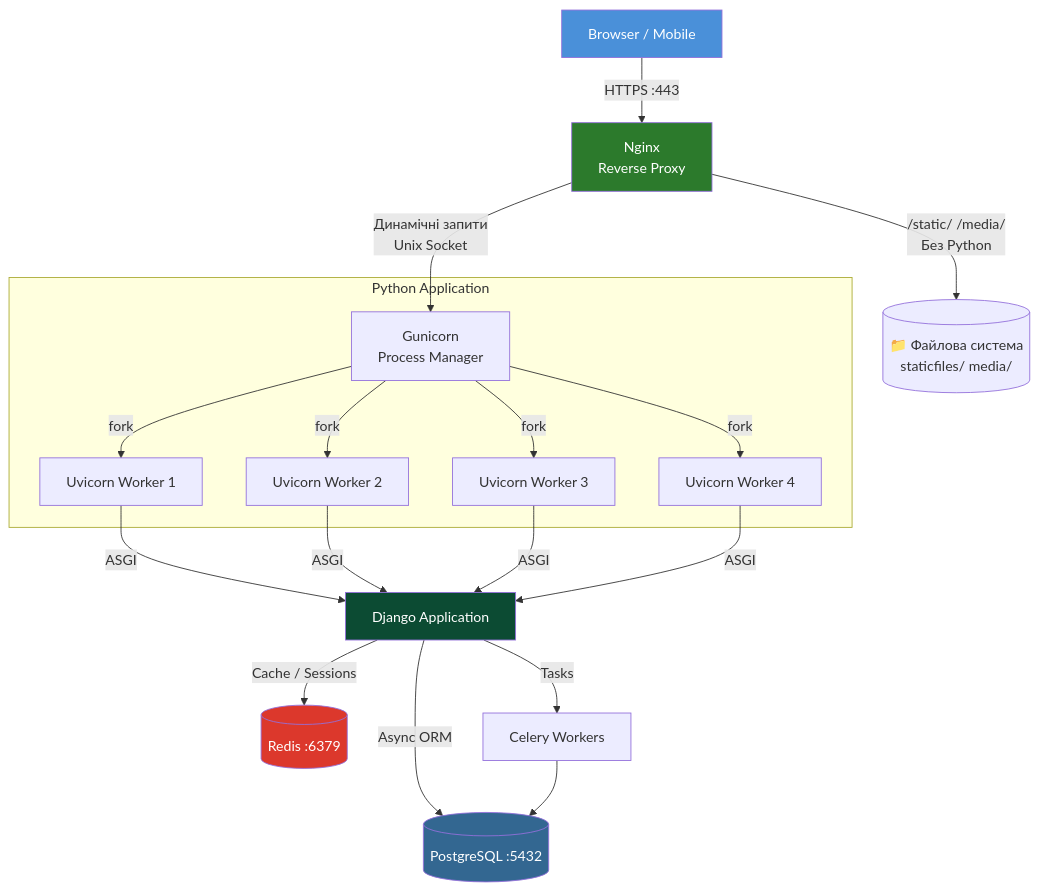
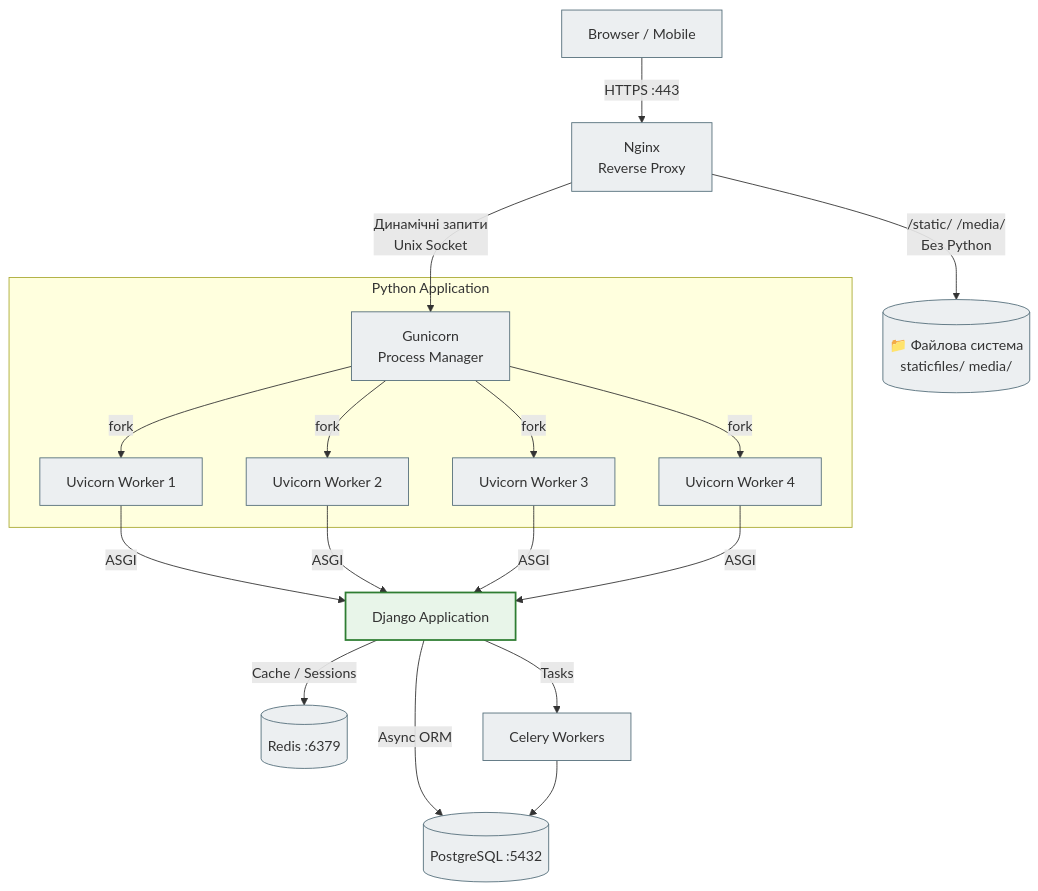
Before and after one commit to NikoriakViktot/notes_chat_app: diagram 16 of 19 in docs/02_django_core/django_mermaid_full.md, drawn with Mermaid. The commit also changed other lines of this file and 441 other files, not shown here.

First line of the commit message:
Add English version of the book, Mermaid standard, docs fixes

````diff
--- a/docs/02_django_core/django_mermaid_full.md
+++ b/docs/02_django_core/django_mermaid_full.md
@@ -464,31 +500,30 @@
 ```mermaid
 graph TD
-    Client[Browser / Mobile] -->|HTTPS :443| Nginx[Nginx\nReverse Proxy]
+    Client[Browser / Mobile] -->|HTTPS :443| Nginx["Nginx<br>Reverse Proxy"]
     
-    Nginx -->|/static/ /media/\nБез Python| Disk[(📁 Файлова система\nstaticfiles/ media/)]
+    Nginx -->|"/static/ /media/<br>Без Python"| Disk[("📁 Файлова система<br>staticfiles/ media/")]
     
-    Nginx -->|Динамічні запити\nUnix Socket| Gunicorn[Gunicorn\nProcess Manager]
+    Nginx -->|"Динамічні запити<br>Unix Socket"| Gunicorn["Gunicorn<br>Process Manager"]
     
     subgraph Python Application
         Gunicorn -->|fork| W1[Uvicorn Worker 1]
         Gunicorn -->|fork| W2[Uvicorn Worker 2]
         Gunicorn -->|fork| W3[Uvicorn Worker 3]
         Gunicorn -->|fork| W4[Uvicorn Worker 4]
     end
     
     W1 -->|ASGI| DjApp[Django Application]
     W2 -->|ASGI| DjApp
     W3 -->|ASGI| DjApp
     W4 -->|ASGI| DjApp
     
     DjApp -->|Async ORM| PG[(PostgreSQL :5432)]
     DjApp -->|Cache / Sessions| RedisDB[(Redis :6379)]
     DjApp -->|Tasks| CeleryQ[Celery Workers]
     CeleryQ --> PG
-    
-    style Client fill:#4A90D9,color:#fff
-    style Nginx fill:#2C7A2C,color:#fff
-    style DjApp fill:#0C4B33,color:#fff
-    style PG fill:#336791,color:#fff
-    style RedisDB fill:#dc382c,color:#fff
+
+    classDef step     fill:#eceff1,stroke:#546e7a,stroke-width:1px;
+    classDef success  fill:#e8f5e9,stroke:#2e7d32,stroke-width:2px;
+    class Client,Nginx,Disk,Gunicorn,W1,W2,W3,W4,PG,RedisDB,CeleryQ step;
+    class DjApp success;
 ```
````
